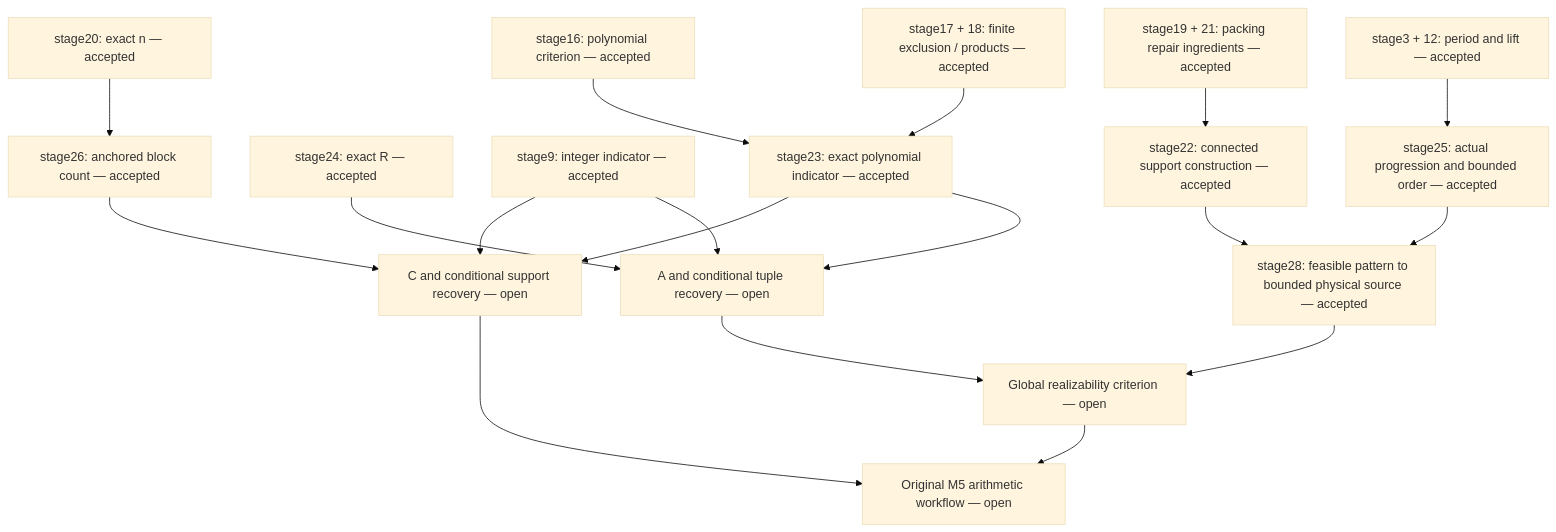
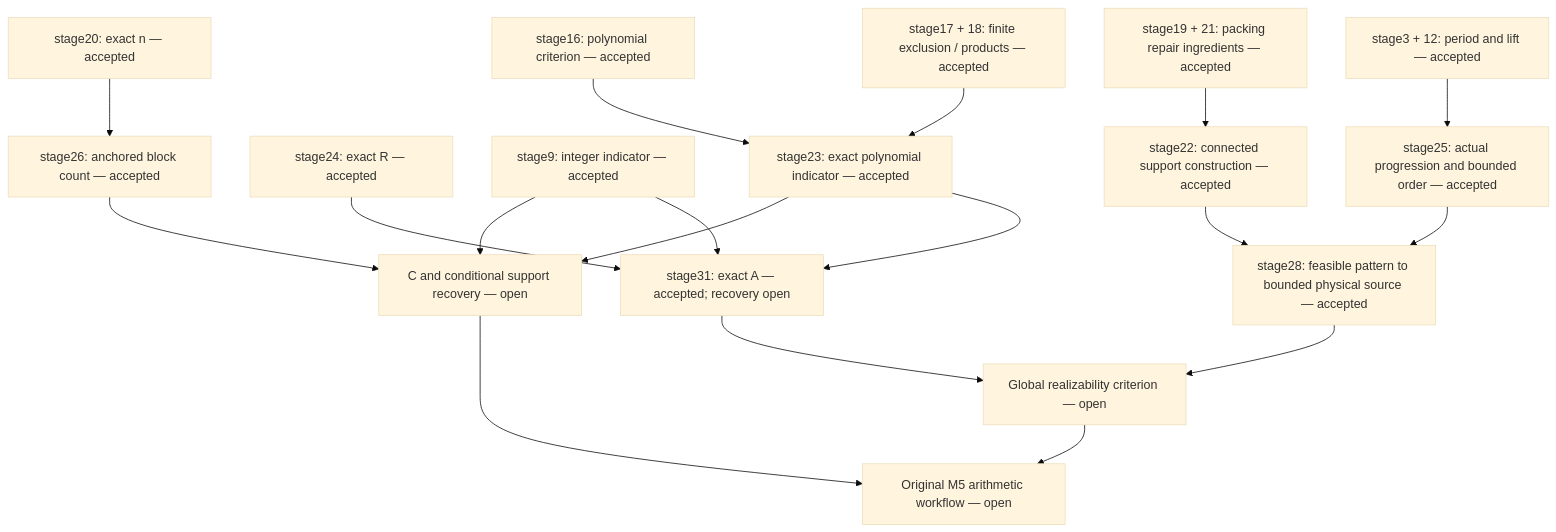
The diagram in pipelines/quantum_formalize/examples/m5/PROOF_CHAIN.md (humanfia/science-mango), drawn with Mermaid (base theme) before and after one commit. The commit also changed other lines of this file and 418 other files, not shown here.

Commit message:
Prove exact period-residue A count and selected tuple completion

````diff
--- a/pipelines/quantum_formalize/examples/m5/PROOF_CHAIN.md
+++ b/pipelines/quantum_formalize/examples/m5/PROOF_CHAIN.md
@@ -20,20 +20,20 @@
 ```mermaid
 flowchart TD
   n[stage20: exact n — accepted] --> anchor[stage26: anchored block count — accepted]
-  R[stage24: exact R — accepted] --> A[A and conditional tuple recovery — open]
+  R[stage24: exact R — accepted] --> A[stage31: exact A — accepted; recovery open]
   int[stage9: integer indicator — accepted] --> C[C and conditional support recovery — open]
   crit[stage16: polynomial criterion — accepted] --> pie[stage23: exact polynomial indicator — accepted]
   finite[stage17 + 18: finite exclusion / products — accepted] --> pie
   pie --> C
   pie --> A
   int --> A
   anchor --> C
   pack[stage19 + 21: packing repair ingredients — accepted] --> construct[stage22: connected support construction — accepted]
   period[stage3 + 12: period and lift — accepted] --> orders[stage25: actual progression and bounded order — accepted]
   construct --> bounded[stage28: feasible pattern to bounded physical source — accepted]
   orders --> bounded
   A --> global[Global realizability criterion — open]
   bounded --> global
   C --> final[Original M5 arithmetic workflow — open]
   global --> final
 ```
````
